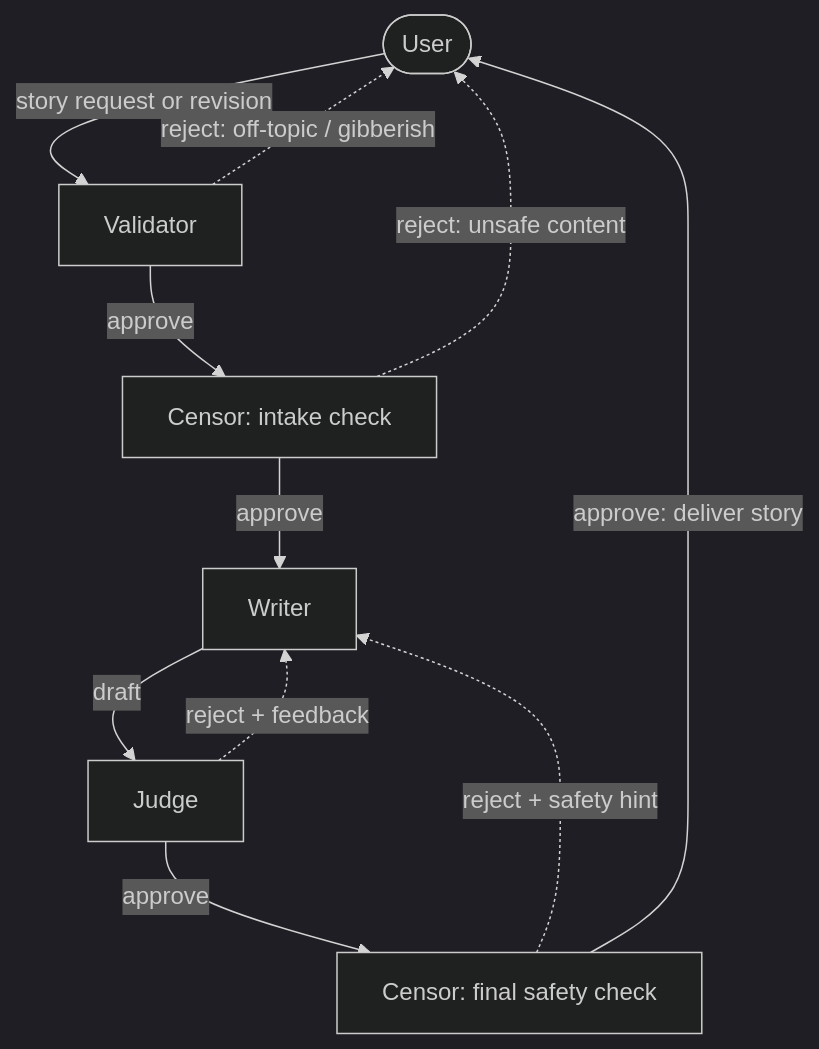
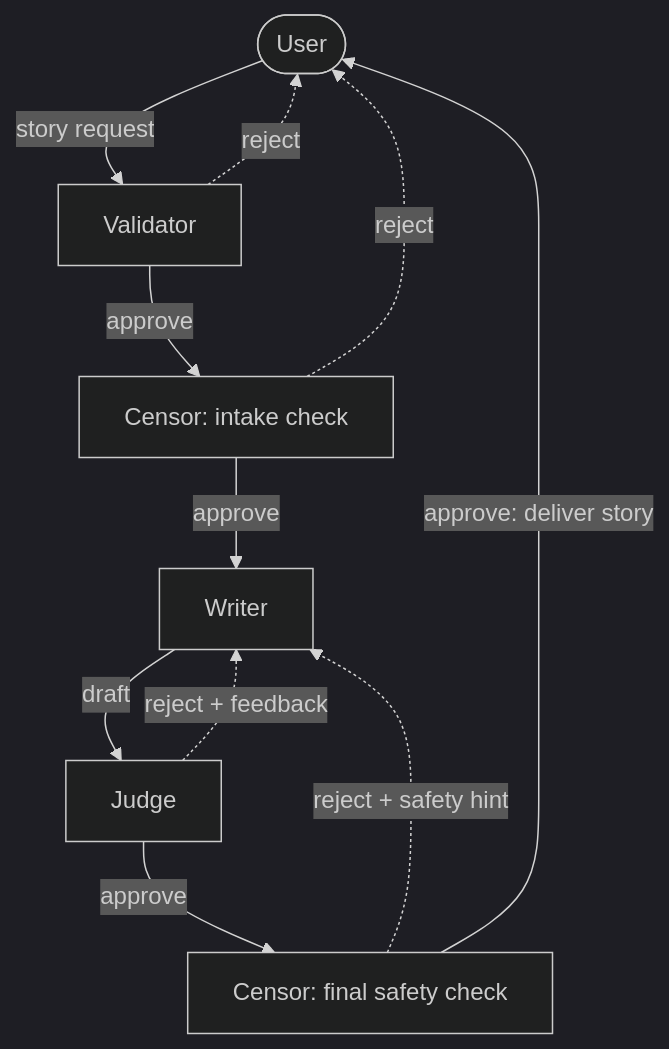
The diagram in README.md (deepmind11/hypnos), drawn with Mermaid (dark theme) before and after one commit.

Commit message:
docs: shorten overlapping diagram labels

````diff
--- a/README.md
+++ b/README.md
@@ -26,15 +26,15 @@
 ```mermaid
 flowchart TD
-    User([User]) -->|story request or revision| Validator
-    Validator -.->|reject: off-topic / gibberish| User
+    User([User]) -->|story request| Validator
+    Validator -.->|reject| User
     Validator -->|approve| Censor1[Censor: intake check]
-    Censor1 -.->|reject: unsafe content| User
+    Censor1 -.->|reject| User
     Censor1 -->|approve| Writer
 
     Writer -->|draft| Judge
     Judge -.->|reject + feedback| Writer
     Judge -->|approve| Censor2[Censor: final safety check]
 
     Censor2 -.->|reject + safety hint| Writer
     Censor2 -->|approve: deliver story| User
 ```
````
